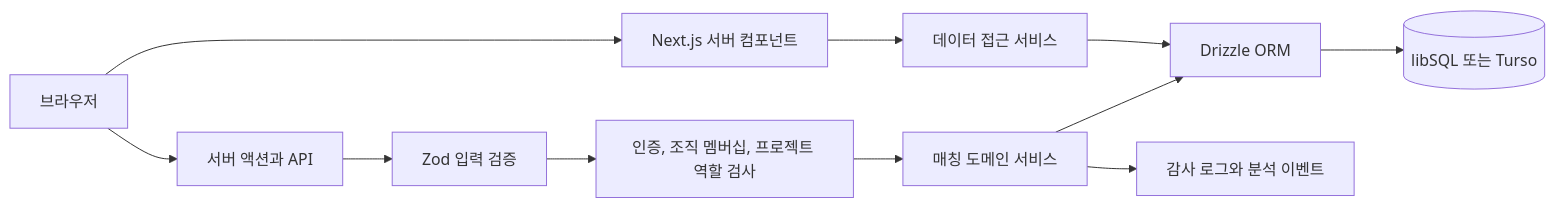
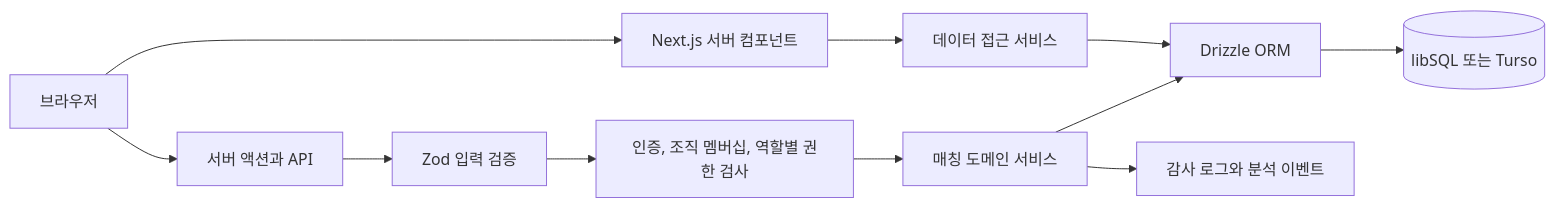
One commit to kwakhyun/reroute-mvp changed the diagram in docs/architecture.md. Above: the diagram before and after it, drawn with Mermaid. The commit also changed other lines of this file and 115 other files, not shown here.

````diff
--- a/docs/architecture.md
+++ b/docs/architecture.md
@@ -13,13 +13,13 @@
 ```mermaid
 flowchart LR
   B[브라우저] --> R[Next.js 서버 컴포넌트]
   B --> A[서버 액션과 API]
   R --> D[데이터 접근 서비스]
   A --> Z[Zod 입력 검증]
-  Z --> P[인증, 조직 멤버십, 프로젝트 역할 검사]
+  Z --> P[인증, 조직 멤버십, 역할별 권한 검사]
   P --> M[매칭 도메인 서비스]
   M --> O[Drizzle ORM]
   D --> O
   O --> L[(libSQL 또는 Turso)]
   M --> G[감사 로그와 분석 이벤트]
 ```
````
